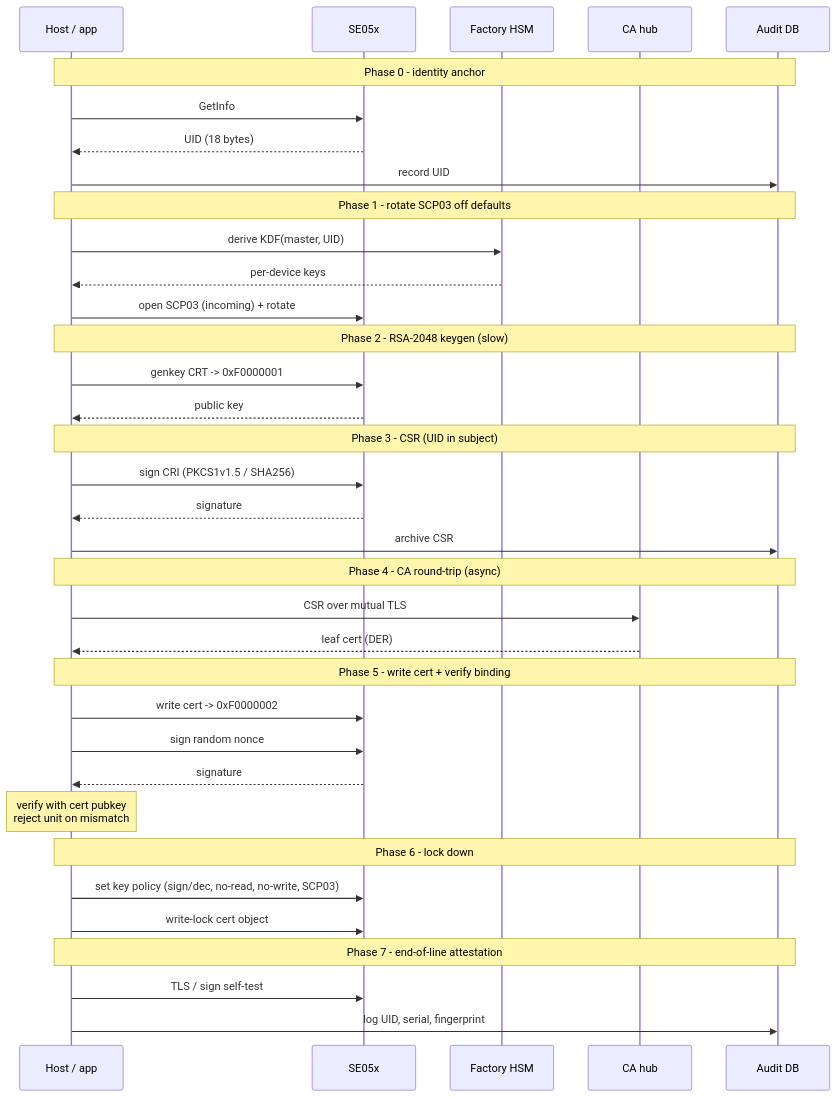
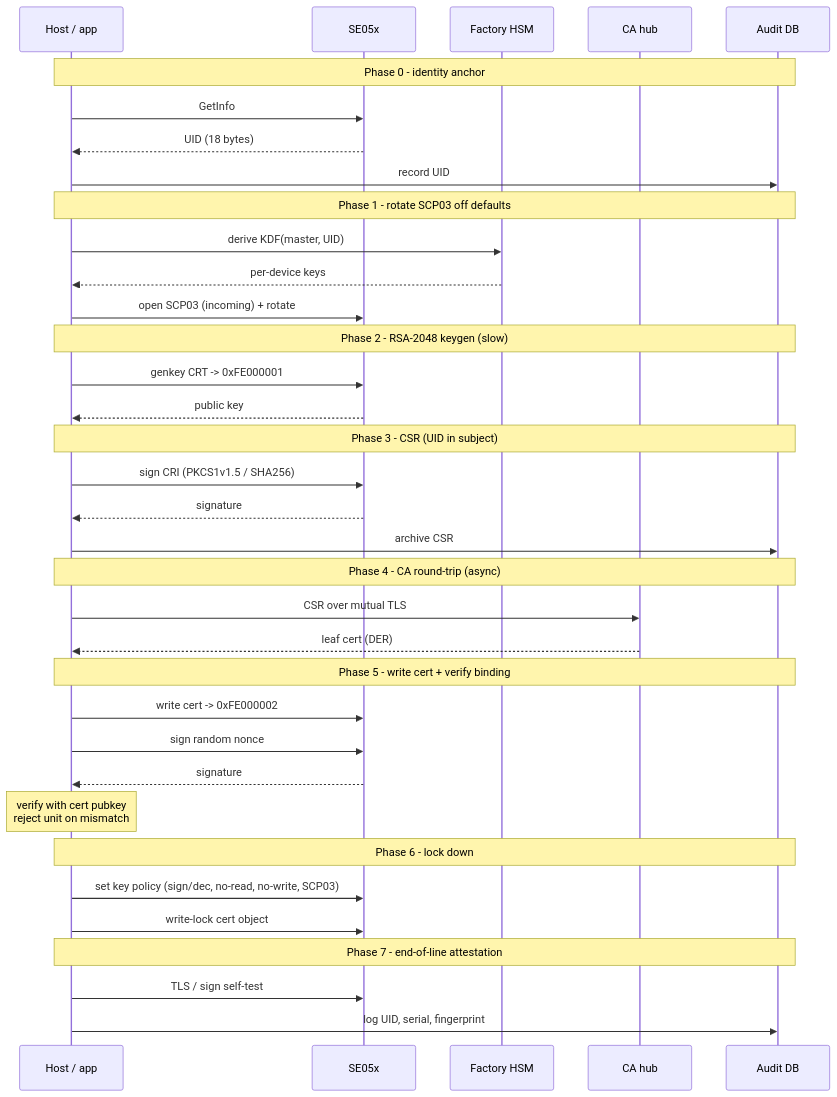
Before and after one commit to anhhao17/se051: the second of 2 diagrams in docs/provisioning.md, drawn with Mermaid. The commit also changed other lines of this file and 25 other files, not shown here.

````diff
--- a/docs/provisioning.md
+++ b/docs/provisioning.md
@@ -92,45 +92,45 @@
 ```mermaid
 sequenceDiagram
     participant H as Host / app
     participant SE as SE05x
     participant HSM as Factory HSM
     participant CA as CA hub
     participant DB as Audit DB
 
     Note over H,DB: Phase 0 - identity anchor
     H->>SE: GetInfo
     SE-->>H: UID (18 bytes)
     H->>DB: record UID
 
     Note over H,DB: Phase 1 - rotate SCP03 off defaults
     H->>HSM: derive KDF(master, UID)
     HSM-->>H: per-device keys
     H->>SE: open SCP03 (incoming) + rotate
 
     Note over H,DB: Phase 2 - RSA-2048 keygen (slow)
-    H->>SE: genkey CRT -> 0xF0000001
+    H->>SE: genkey CRT -> 0xFE000001
     SE-->>H: public key
 
     Note over H,DB: Phase 3 - CSR (UID in subject)
     H->>SE: sign CRI (PKCS1v1.5 / SHA256)
     SE-->>H: signature
     H->>DB: archive CSR
 
     Note over H,DB: Phase 4 - CA round-trip (async)
     H->>CA: CSR over mutual TLS
     CA-->>H: leaf cert (DER)
 
     Note over H,DB: Phase 5 - write cert + verify binding
-    H->>SE: write cert -> 0xF0000002
+    H->>SE: write cert -> 0xFE000002
     H->>SE: sign random nonce
     SE-->>H: signature
     Note over H: verify with cert pubkey<br/>reject unit on mismatch
 
     Note over H,DB: Phase 6 - lock down
     H->>SE: set key policy (sign/dec, no-read, no-write, SCP03)
     H->>SE: write-lock cert object
 
     Note over H,DB: Phase 7 - end-of-line attestation
     H->>SE: TLS / sign self-test
     H->>DB: log UID, serial, fingerprint
 ```
````
